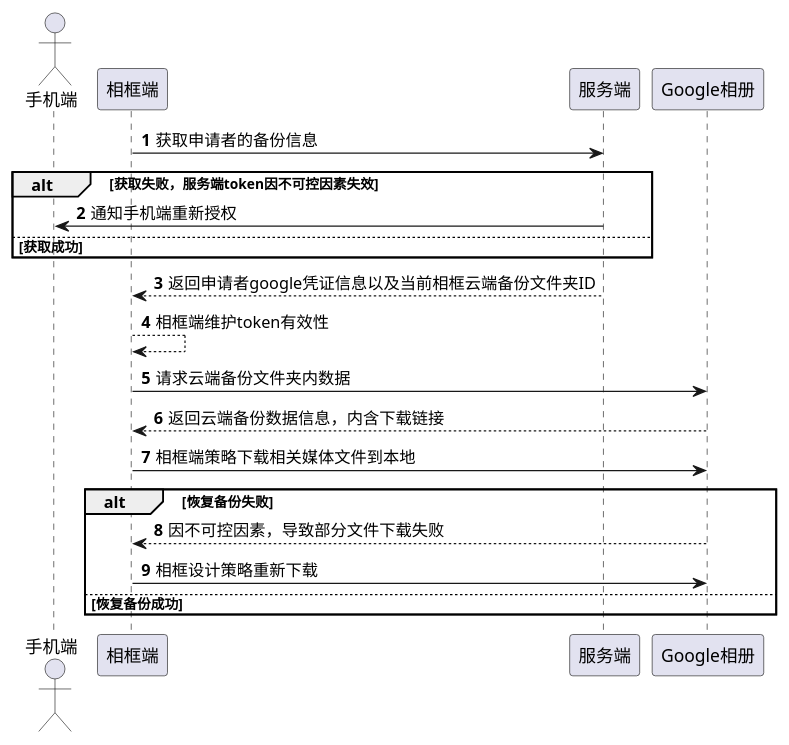
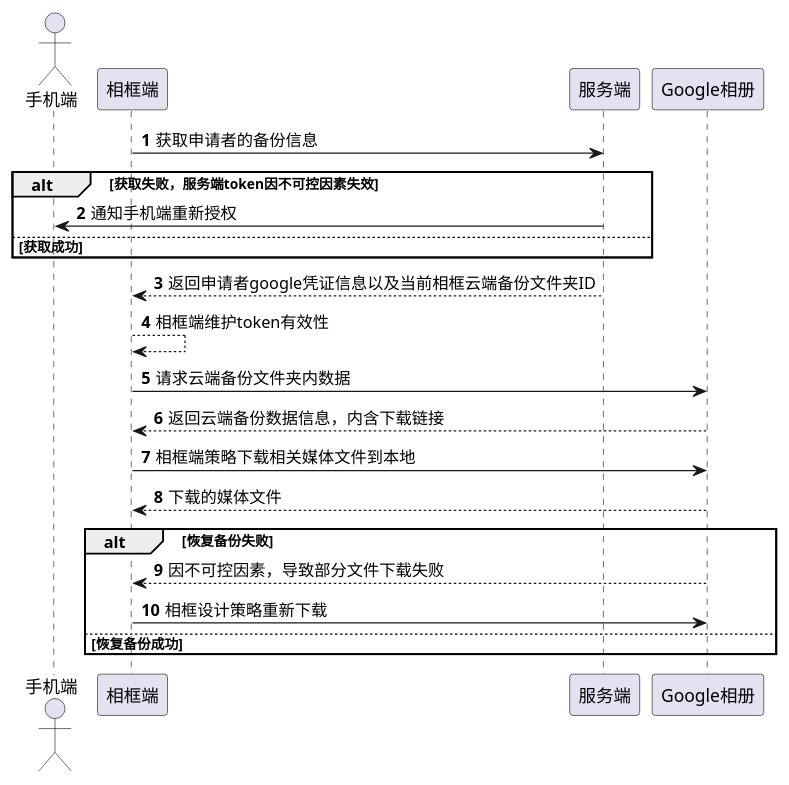
Before and after one commit to SleepyFoxZSJ/Google-Photo-Demo: the diagram in uml/recover.puml, drawn with PlantUML.

Commit message:
修改时序图

```diff
--- a/uml/recover.puml
+++ b/uml/recover.puml
@@ -1,29 +1,30 @@
 @startuml
 'https://plantuml.com/sequence-diagram
 
 autonumber
 
 actor 手机端 as phone
 participant 相框端 as frame
 participant 服务端 as service
 participant Google相册 as cloud
 
 frame -> service:获取申请者的备份信息
 alt 获取失败，服务端token因不可控因素失效
 phone <- service:通知手机端重新授权
 else 获取成功
 end
 frame <-- service:返回申请者google凭证信息以及当前相框云端备份文件夹ID
 frame --> frame:相框端维护token有效性
 
 frame -> cloud:请求云端备份文件夹内数据
 frame <-- cloud:返回云端备份数据信息，内含下载链接
 frame -> cloud:相框端策略下载相关媒体文件到本地
+frame <-- cloud:下载的媒体文件
 
 alt 恢复备份失败
 frame <-- cloud:因不可控因素，导致部分文件下载失败
 frame -> cloud:相框设计策略重新下载
 else 恢复备份成功
 end
 
 @enduml
```
